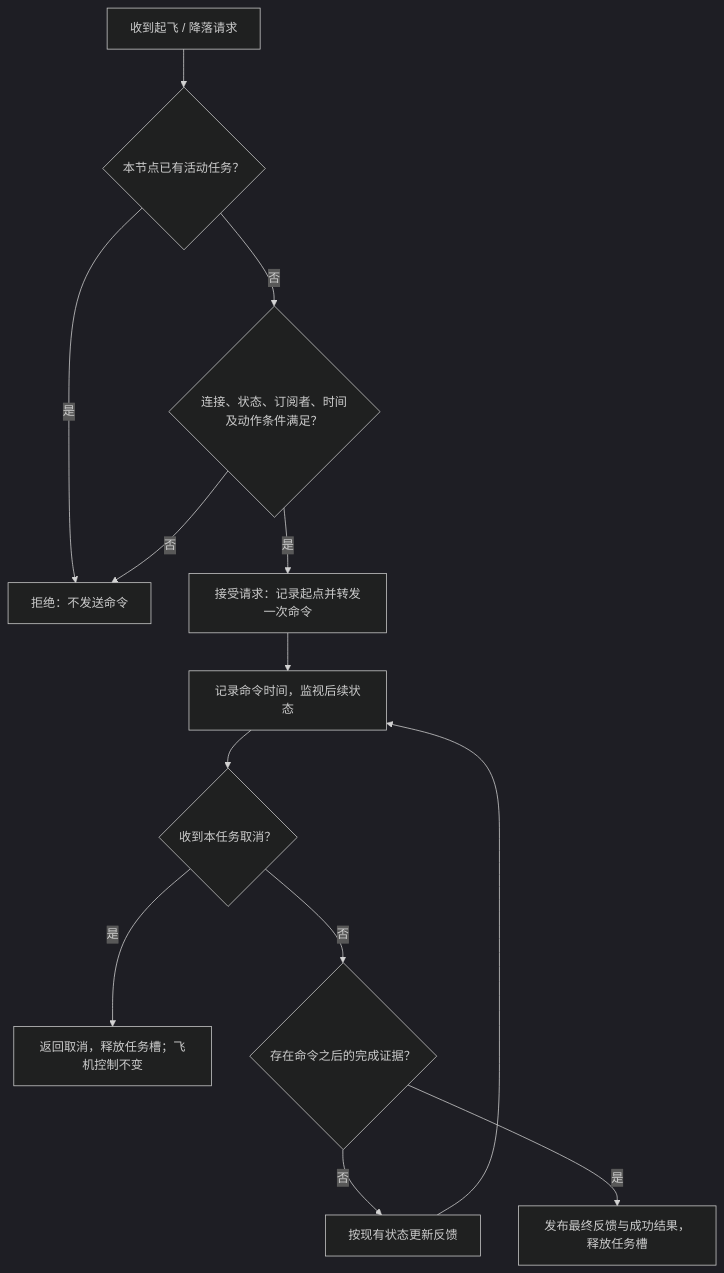
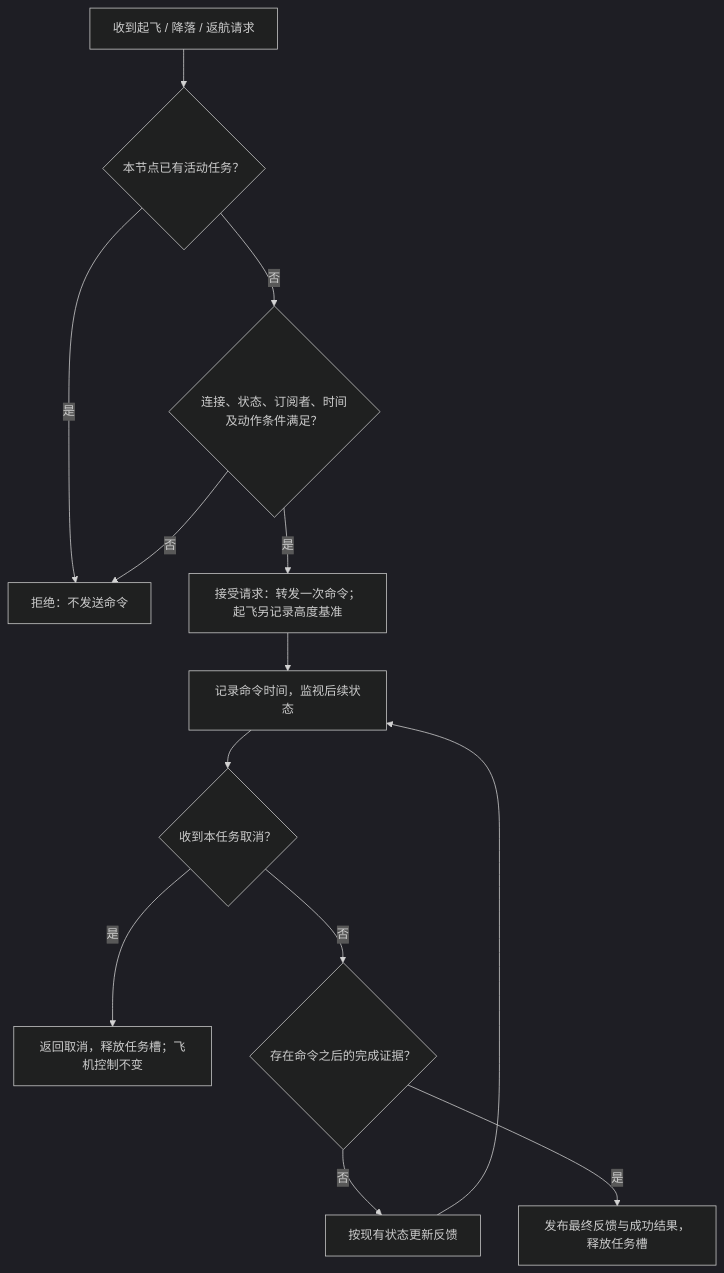
One commit to QGDuan/Spikive-Control-SDK changed the first of 3 diagrams in docs/开发逻辑.md. Above: the diagram before and after it, drawn with Mermaid (dark theme). The commit also changed other lines of this file and 12 other files, not shown here.

````diff
--- a/docs/开发逻辑.md
+++ b/docs/开发逻辑.md
@@ -35,15 +35,15 @@
 ```mermaid
 flowchart TD
-  A[收到起飞 / 降落请求] --> B{本节点已有活动任务？}
+  A[收到起飞 / 降落 / 返航请求] --> B{本节点已有活动任务？}
   B -->|是| R[拒绝：不发送命令]
   B -->|否| C{连接、状态、订阅者、时间及动作条件满足？}
   C -->|否| R
-  C -->|是| D[接受请求：记录起点并转发一次命令]
+  C -->|是| D[接受请求：转发一次命令；起飞另记录高度基准]
   D --> E[记录命令时间，监视后续状态]
   E --> F{收到本任务取消？}
   F -->|是| X[返回取消，释放任务槽；飞机控制不变]
   F -->|否| G{存在命令之后的完成证据？}
   G -->|否| H[按现有状态更新反馈]
   H --> E
   G -->|是| I[发布最终反馈与成功结果，释放任务槽]
 ```
````
